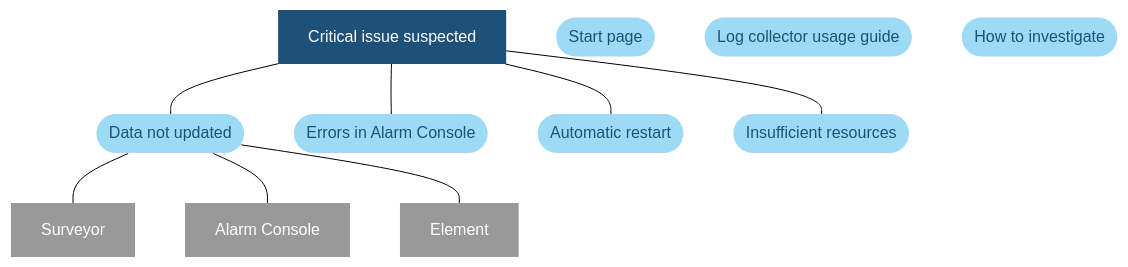
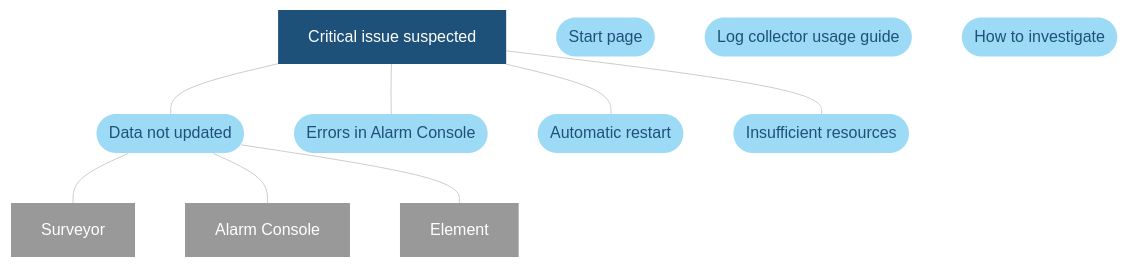
The diagram in user-guide/Troubleshooting/Troubleshooting_Flowcharts/Troubleshooting_Critical_Issues/Troubleshooting_Critical_Issues_Data_Not_Updated.md (SkylineCommunications/dataminer-docs), drawn with Mermaid (forest theme) before and after one commit. The commit also changed 17 other files, not shown here.

Commit message:
graph -> flowchart + color=grey

```diff
--- a/user-guide/Troubleshooting/Troubleshooting_Flowcharts/Troubleshooting_Critical_Issues/Troubleshooting_Critical_Issues_Data_Not_Updated.md
+++ b/user-guide/Troubleshooting/Troubleshooting_Flowcharts/Troubleshooting_Critical_Issues/Troubleshooting_Critical_Issues_Data_Not_Updated.md
@@ -9,47 +9,48 @@
 <div class="mermaid">
-graph TD
+flowchart TD
 %% Define styles %%
+linkStyle default stroke:#cccccc
 classDef LightBlue fill:#9DDAF5,stroke:#000070,stroke-width:0px, color:#1E5179;
 classDef Blue fill:#4BAEEA,stroke:#000070,stroke-width:0px, color:#FFFFFF;
 classDef DarkBlue fill:#1E5179,stroke:#000070,stroke-width:0px, color:#FFFFFF;
 classDef DarkGray fill:#58595B,stroke:#000070,stroke-width:0px, color:#FFFFFF;
 classDef Gray fill:#999999,stroke:#000070,stroke-width:0px, color:#FFFFFF;
 classDef LightGray fill:#DDDDDD,stroke:#000070,stroke-width:0px, color:#1E5179;
 %% Define blocks %%
 Start[Critical issue suspected]
 Home([Start page])
 SLLogCollector([Log collector usage guide])
 Investigation([How to investigate])
 DataNotUpdated([Data not updated])
 ErrorAlarmConsole([Errors in Alarm Console])
 Automaticrestart([Automatic restart])
 MachineoutofResources([Insufficient resources])
 Surveyor[Surveyor]
 AlarmConsole[Alarm Console]
 Element[Element]
 %% Connect blocks %%
 Start --- Automaticrestart
 Start --- MachineoutofResources
 Start --- DataNotUpdated
 Start --- ErrorAlarmConsole
 DataNotUpdated --- Surveyor
 DataNotUpdated --- AlarmConsole
 DataNotUpdated --- Element
 %% Define hyperlinks %%
 click Home "https://docs.dataminer.services/user-guide/Troubleshooting/Troubleshooting_Flowcharts/Finding_a_Root_Cause.html"
 click SLLogCollector "https://docs.dataminer.services/user-guide/Reference/DataMiner_Tools/SLLogCollector.html"
 click Investigation "https://docs.dataminer.services/user-guide/Troubleshooting/Troubleshooting_Flowcharts/Troubleshooting_Where_to_Start.html"
 click DataNotUpdated "https://docs.dataminer.services/user-guide/Troubleshooting/Troubleshooting_Flowcharts/Troubleshooting_Critical_Issues/Troubleshooting_Critical_Issues_Data_Not_Updated.html" "Data Not Updated"
 click Automaticrestart "https://docs.dataminer.services/user-guide/Troubleshooting/Troubleshooting_Flowcharts/Troubleshooting_Critical_Issues/Troubleshooting_Critical_Issues_Automatic_Restart.html" "Automatic Restart"
 click ErrorAlarmConsole "https://docs.dataminer.services/user-guide/Troubleshooting/Troubleshooting_Flowcharts/Troubleshooting_Critical_Issues/Troubleshooting_Critical_Issues_Alarm_Console.html#errors-in-alarm-console" "Errors In Alarm Console"
 click Start "https://docs.dataminer.services/user-guide/Troubleshooting/Troubleshooting_Flowcharts/Troubleshooting_Critical_Issues/Troubleshooting_Critical_Issues_Overview.html" "Critical issue suspected"
 click MachineoutofResources "https://docs.dataminer.services/user-guide/Troubleshooting/Troubleshooting_Flowcharts/Troubleshooting_Critical_Issues/Troubleshooting_Critical_Issues_Resources.html" "Machine Out Of Resources"
 click Surveyor "https://docs.dataminer.services/user-guide/Troubleshooting/Troubleshooting_Flowcharts/Troubleshooting_Critical_Issues/Troubleshooting_Critical_Issues_Data_Not_Updated.html#surveyor" "Surveyor"
 click AlarmConsole "https://docs.dataminer.services/user-guide/Troubleshooting/Troubleshooting_Flowcharts/Troubleshooting_Critical_Issues/Troubleshooting_Critical_Issues_Data_Not_Updated.html#alarm-console" "Alarm-Console"
 click Element "https://docs.dataminer.services/user-guide/Troubleshooting/Troubleshooting_Flowcharts/Troubleshooting_Critical_Issues/Troubleshooting_Critical_Issues_Data_Not_Updated.html#element" "Element"
 %% Apply styles to blocks %%
 class Start DarkBlue;
 class Automaticrestart,DataNotUpdated,ErrorAlarmConsole,Automaticrestart,MachineoutofResources, LightBlue;
 class Home,SLLogCollector,Investigation LightBlue;
 class Surveyor,AlarmConsole,Element Gray;
 </div>
```
